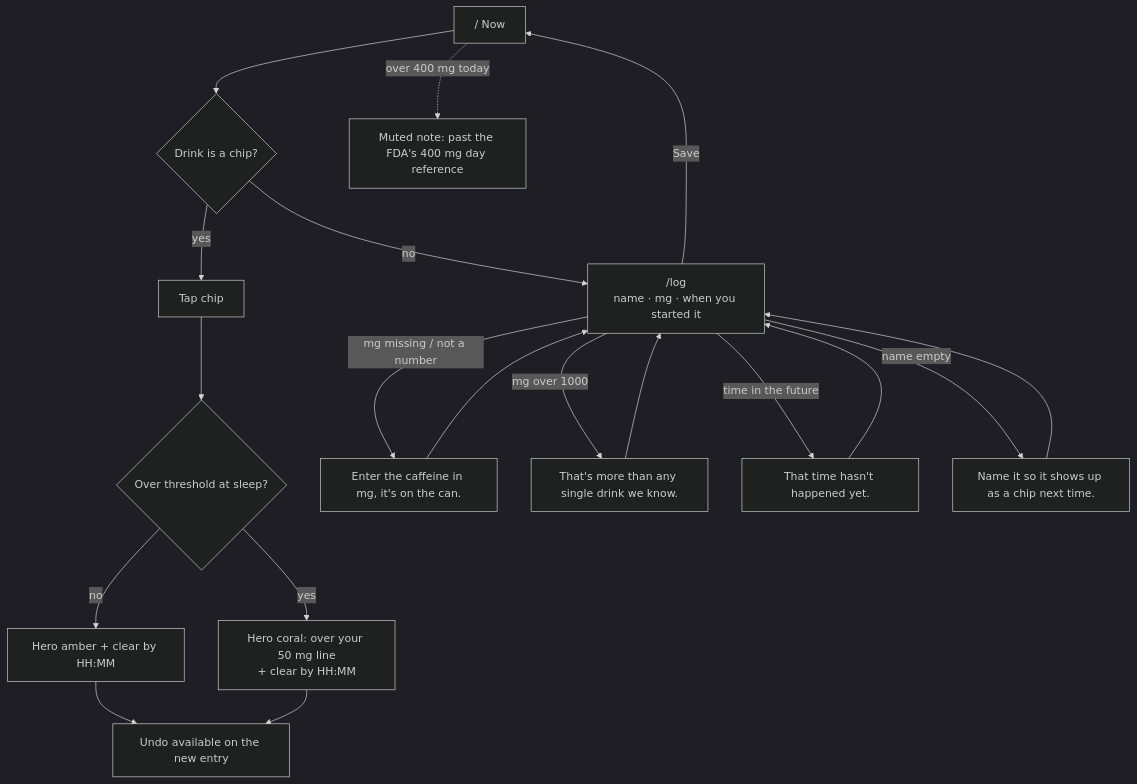
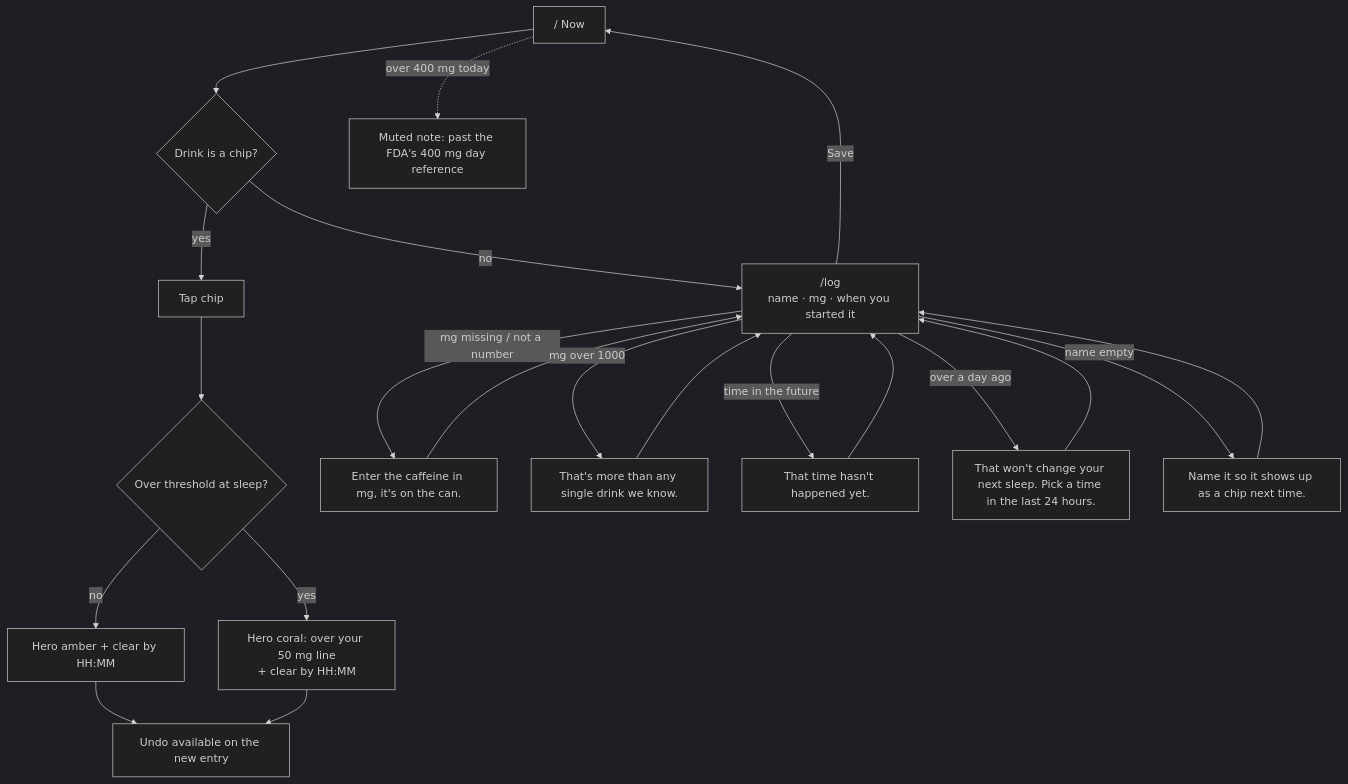
The second of 3 diagrams in README.md (nocturnalvigilante/design_ship_build_homework_3), drawn with Mermaid (dark theme) before and after one commit. The commit also changed other lines of this file and 2 other files, not shown here.

First line of the commit message:
log: custom drink form, errors next to each field saying what to do, input kept

````diff
--- a/README.md
+++ b/README.md
@@ -48,17 +48,18 @@
 ```mermaid
 flowchart TD
   A["/ Now"] --> B{Drink is a chip?}
   B -- yes --> C[Tap chip]
   C --> D{Over threshold at sleep?}
   D -- no --> E[Hero amber + clear by HH:MM]
   D -- yes --> F[Hero coral: over your 50 mg line<br/>+ clear by HH:MM]
   E & F --> U[Undo available on the new entry]
   B -- no --> L["/log<br/>name · mg · when you started it"]
   L -- mg missing / not a number --> L1[Enter the caffeine in mg, it's on the can.]
   L -- mg over 1000 --> L2[That's more than any single drink we know.]
   L -- time in the future --> L3[That time hasn't happened yet.]
+  L -- over a day ago --> L5[That won't change your next sleep. Pick a time in the last 24 hours.]
   L -- name empty --> L4[Name it so it shows up as a chip next time.]
-  L1 & L2 & L3 & L4 --> L
+  L1 & L2 & L3 & L4 & L5 --> L
   L -- Save --> A
   A -. over 400 mg today .-> N[Muted note: past the FDA's 400 mg day reference]
 ```
````
